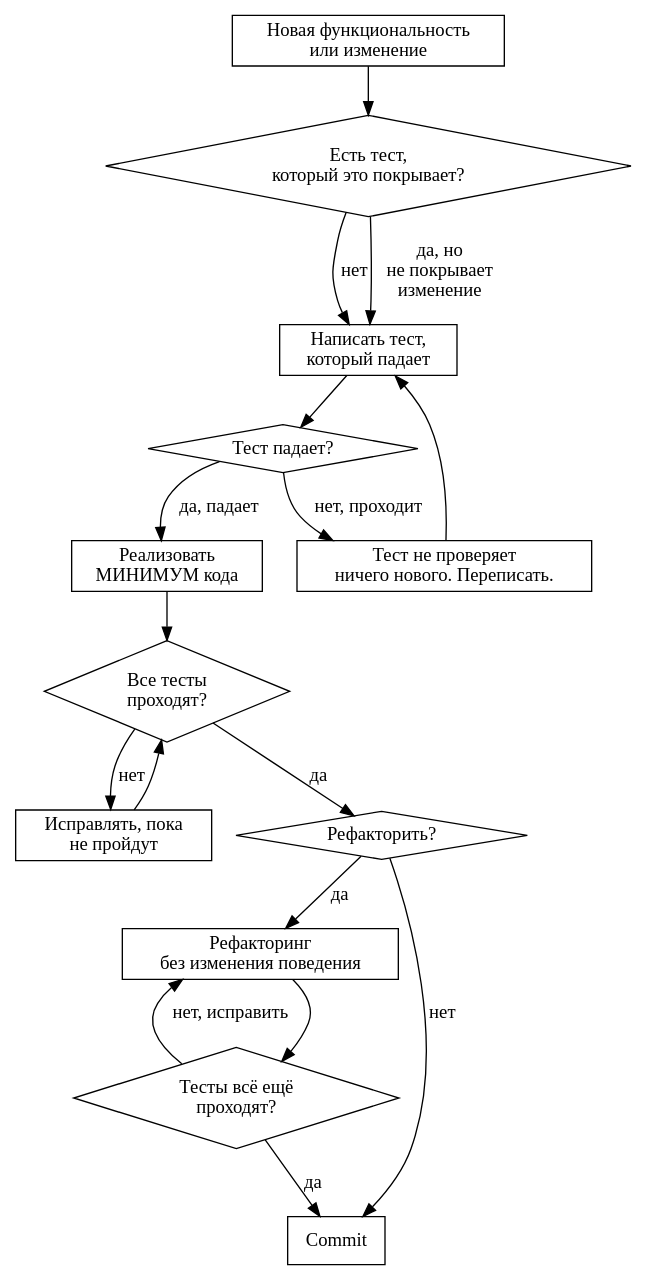
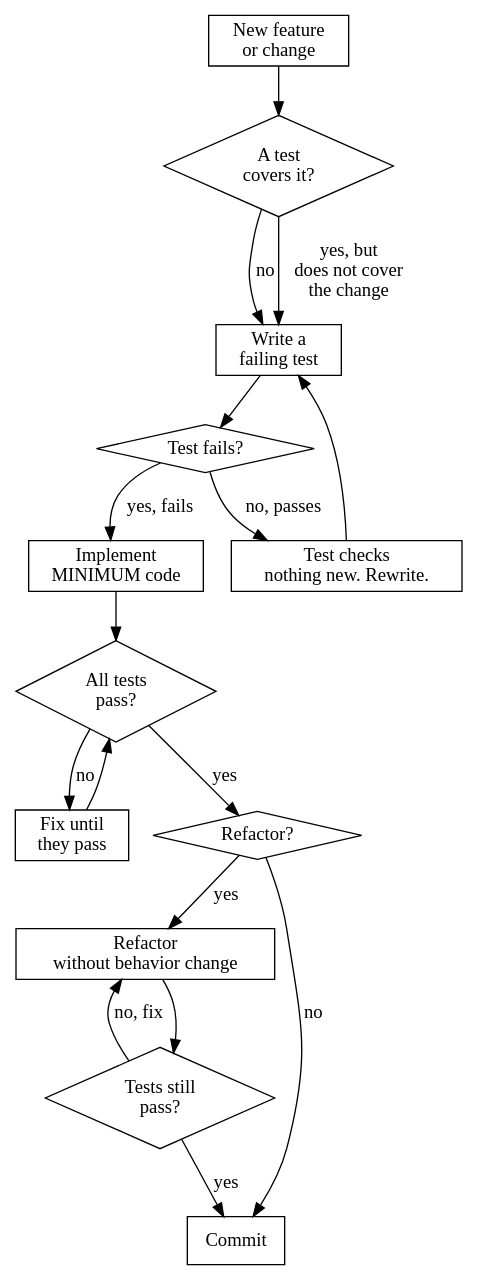
Before and after one commit to grigoriev/alfred-dev: the diagram in agents/senior-dev.md, drawn with Graphviz. The commit also changed other lines of this file and 104 other files, not shown here.

````diff
--- a/agents/senior-dev.md
+++ b/agents/senior-dev.md
@@ -113,36 +76,36 @@
 ```dot
 digraph tdd_decision {
     rankdir=TB;
     node [shape=diamond];
 
-    start [label="Новая функциональность\nили изменение" shape=box];
-    has_test [label="Есть тест,\nкоторый это покрывает?"];
-    write_test [label="Написать тест,\nкоторый падает" shape=box];
-    run_test [label="Тест падает?"];
-    test_bad [label="Тест не проверяет\nничего нового. Переписать." shape=box];
-    implement [label="Реализовать\nМИНИМУМ кода" shape=box];
-    run_all [label="Все тесты\nпроходят?"];
-    fix_code [label="Исправлять, пока\nне пройдут" shape=box];
-    refactor [label="Рефакторить?" shape=diamond];
-    do_refactor [label="Рефакторинг\nбез изменения поведения" shape=box];
-    run_again [label="Тесты всё ещё\nпроходят?" shape=diamond];
+    start [label="New feature\nor change" shape=box];
+    has_test [label="A test\ncovers it?"];
+    write_test [label="Write a\nfailing test" shape=box];
+    run_test [label="Test fails?"];
+    test_bad [label="Test checks\nnothing new. Rewrite." shape=box];
+    implement [label="Implement\nMINIMUM code" shape=box];
+    run_all [label="All tests\npass?"];
+    fix_code [label="Fix until\nthey pass" shape=box];
+    refactor [label="Refactor?" shape=diamond];
+    do_refactor [label="Refactor\nwithout behavior change" shape=box];
+    run_again [label="Tests still\npass?" shape=diamond];
     commit [label="Commit" shape=box];
 
     start -> has_test;
-    has_test -> write_test [label="нет"];
-    has_test -> write_test [label="да, но\nне покрывает\nизменение"];
+    has_test -> write_test [label="no"];
+    has_test -> write_test [label="yes, but\ndoes not cover\nthe change"];
     write_test -> run_test;
-    run_test -> implement [label="да, падает"];
-    run_test -> test_bad [label="нет, проходит"];
+    run_test -> implement [label="yes, fails"];
+    run_test -> test_bad [label="no, passes"];
     test_bad -> write_test;
     implement -> run_all;
-    run_all -> refactor [label="да"];
-    run_all -> fix_code [label="нет"];
+    run_all -> refactor [label="yes"];
+    run_all -> fix_code [label="no"];
     fix_code -> run_all;
-    refactor -> do_refactor [label="да"];
-    refactor -> commit [label="нет"];
+    refactor -> do_refactor [label="yes"];
+    refactor -> commit [label="no"];
     do_refactor -> run_again;
-    run_again -> commit [label="да"];
-    run_again -> do_refactor [label="нет, исправить"];
+    run_again -> commit [label="yes"];
+    run_again -> do_refactor [label="no, fix"];
 }
 ```
````
